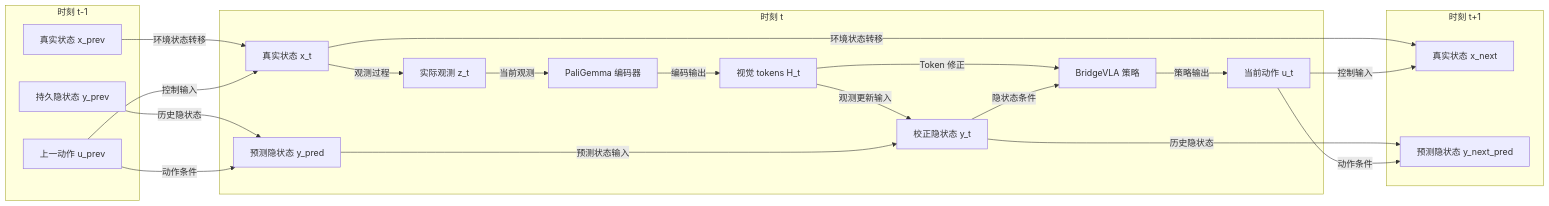
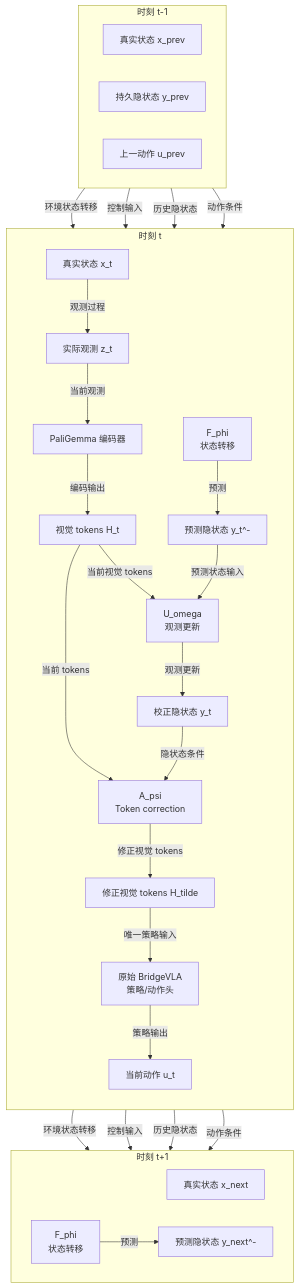
Before and after one commit to npucvr/BridgeVLA-Sequence: the diagram in docs/bridgevla_probabilistic_robotics_model.md, drawn with Mermaid. The commit also changed other lines of this file and 1 other file, not shown here.

Commit message:
docs: document hidden-state evaluation

````diff
--- a/docs/bridgevla_probabilistic_robotics_model.md
+++ b/docs/bridgevla_probabilistic_robotics_model.md
@@ -98,43 +101,57 @@
 ```mermaid
-graph LR
+graph TB
     subgraph Tprev["时刻 t-1"]
+        direction LR
         Xprev["真实状态 x_prev"]
         Yprev["持久隐状态 y_prev"]
         Uprev["上一动作 u_prev"]
     end
 
     subgraph T["时刻 t"]
+        direction TB
         X["真实状态 x_t"]
         Z["实际观测 z_t"]
         G["PaliGemma 编码器"]
         H["视觉 tokens H_t"]
-        YPred["预测隐状态 y_pred"]
+        F["F_phi<br/>状态转移"]
+        YPred["预测隐状态 y_t^-"]
+        UObs["U_omega<br/>观测更新"]
         Y["校正隐状态 y_t"]
-        P["BridgeVLA 策略"]
+        A["A_psi<br/>Token correction"]
+        Htilde["修正视觉 tokens H_tilde"]
+        P["原始 BridgeVLA<br/>策略/动作头"]
         U["当前动作 u_t"]
     end
 
     subgraph Tnext["时刻 t+1"]
+        direction LR
         Xnext["真实状态 x_next"]
-        YPredNext["预测隐状态 y_next_pred"]
+        FNext["F_phi<br/>状态转移"]
+        YPredNext["预测隐状态 y_next^-"]
     end
 
     Xprev -->|环境状态转移| X
     Uprev -->|控制输入| X
     X -->|观测过程| Z
-    Yprev -->|历史隐状态| YPred
-    Uprev -->|动作条件| YPred
-
     Z -->|当前观测| G
     G -->|编码输出| H
-    H -->|观测更新输入| Y
-    YPred -->|预测状态输入| Y
-    H -->|Token 修正| P
-    Y -->|隐状态条件| P
+
+    Yprev -->|历史隐状态| F
+    Uprev -->|动作条件| F
+    F -->|预测| YPred
+    YPred -->|预测状态输入| UObs
+    H -->|当前视觉 tokens| UObs
+    UObs -->|观测更新| Y
+
+    H -->|当前 tokens| A
+    Y -->|隐状态条件| A
+    A -->|修正视觉 tokens| Htilde
+    Htilde -->|唯一策略输入| P
     P -->|策略输出| U
 
     X -->|环境状态转移| Xnext
     U -->|控制输入| Xnext
-    Y -->|历史隐状态| YPredNext
-    U -->|动作条件| YPredNext
+    Y -->|历史隐状态| FNext
+    U -->|动作条件| FNext
+    FNext -->|预测| YPredNext
 ```
````
